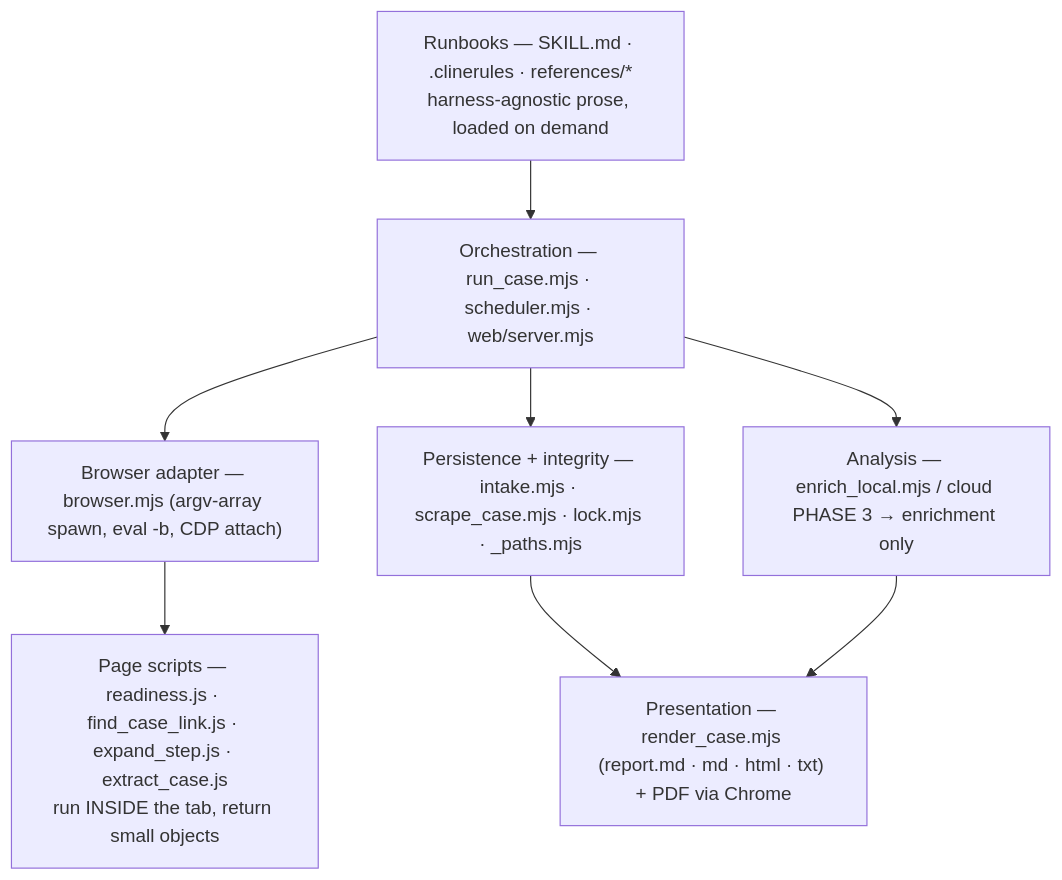
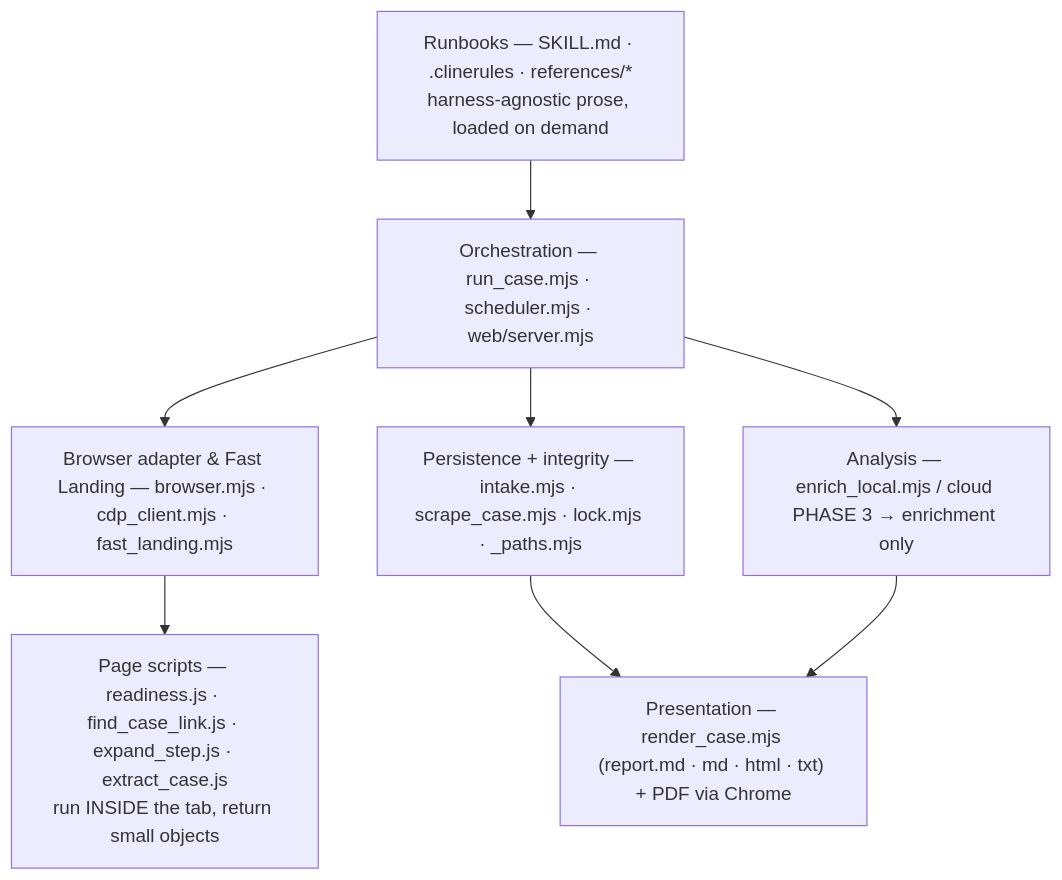
One commit to congtubkbn/qualcomm-case-agent changed the second of 6 diagrams in docs/DESIGN.md. Above: the diagram before and after it, drawn with Mermaid. The commit also changed other lines of this file and 1 other file, not shown here.

Commit message:
docs: update system design with end-to-end execution flow and fast landing architecture

````diff
--- a/docs/DESIGN.md
+++ b/docs/DESIGN.md
@@ -108,13 +108,13 @@
 ```mermaid
 graph TD
   A["Runbooks — SKILL.md · .clinerules · references/*<br/>harness-agnostic prose, loaded on demand"]
   B["Orchestration — run_case.mjs · scheduler.mjs · web/server.mjs"]
-  C["Browser adapter — browser.mjs (argv-array spawn, eval -b, CDP attach)"]
+  C["Browser adapter & Fast Landing — browser.mjs · cdp_client.mjs · fast_landing.mjs"]
   D["Page scripts — readiness.js · find_case_link.js · expand_step.js · extract_case.js<br/>run INSIDE the tab, return small objects"]
   E["Persistence + integrity — intake.mjs · scrape_case.mjs · lock.mjs · _paths.mjs"]
   F["Presentation — render_case.mjs (report.md · md · html · txt) + PDF via Chrome"]
   G["Analysis — enrich_local.mjs / cloud PHASE 3 → enrichment only"]
   A --> B --> C --> D
   B --> E --> F
   B --> G --> F
 ```
````
